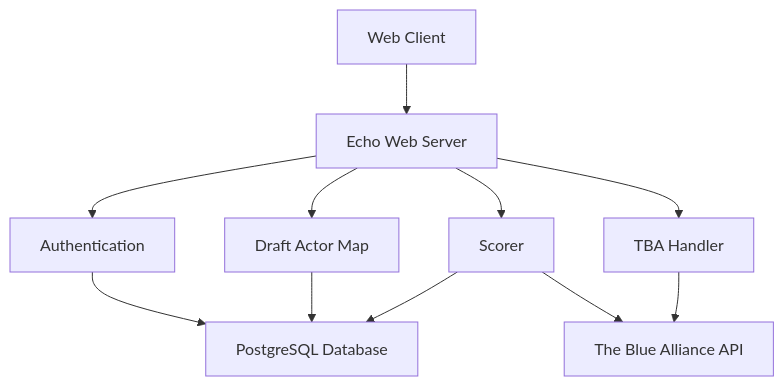
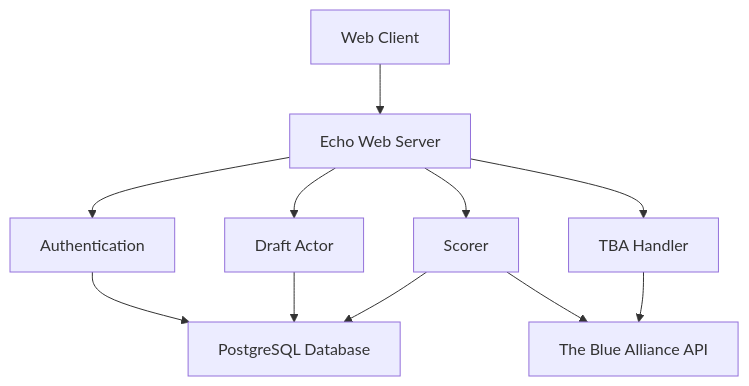
The diagram in docs/README.md (squirlemaster42/fantasy-frc-web), drawn with Mermaid before and after one commit.

````diff
--- a/docs/README.md
+++ b/docs/README.md
@@ -54,13 +54,13 @@
 ```mermaid
 graph TD
     A[Web Client] --> B[Echo Web Server]
     B --> C[Authentication]
-    B --> D[Draft Actor Map]
+    B --> D[Draft Actor]
     B --> E[Scorer]
     B --> F[TBA Handler]
     C --> G[PostgreSQL Database]
     D --> G
     E --> G
     F --> H[The Blue Alliance API]
     E --> H
 ```
````
